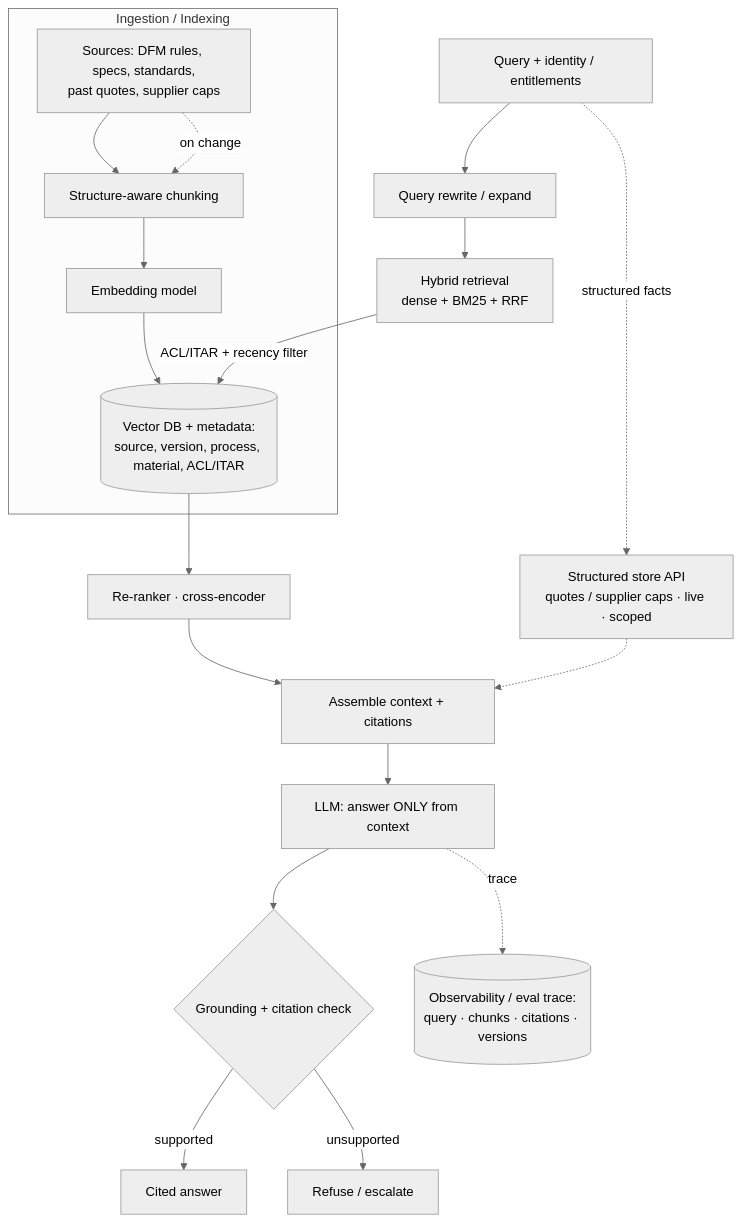
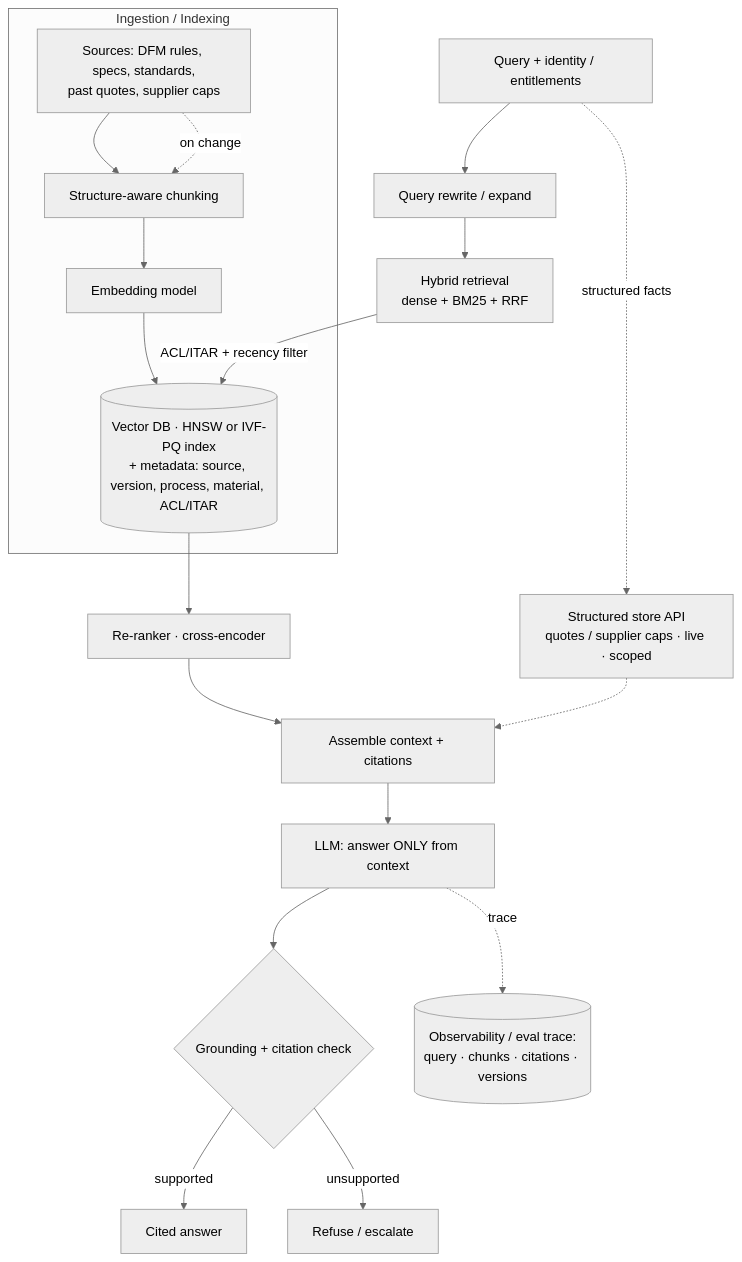
The diagram in 1_RAG_manufacturing_knowledge.md (prashan/Xometry), drawn with Mermaid (neutral theme) before and after one commit. The commit also changed other lines of this file and 6 other files, not shown here.

````diff
--- a/1_RAG_manufacturing_knowledge.md
+++ b/1_RAG_manufacturing_knowledge.md
@@ -38,21 +43,21 @@
 ```mermaid
 flowchart TD
   subgraph ING[Ingestion / Indexing]
     D[Sources: DFM rules, specs, standards,<br/>past quotes, supplier caps] --> CH[Structure-aware chunking]
     CH --> EM[Embedding model]
-    EM --> VDB[(Vector DB + metadata:<br/>source, version, process, material, ACL/ITAR)]
+    EM --> VDB[(Vector DB · HNSW or IVF-PQ index<br/>+ metadata: source, version, process, material, ACL/ITAR)]
     D -. on change .-> CH
   end
   Q[Query + identity / entitlements] --> RW[Query rewrite / expand]
   RW --> HR[Hybrid retrieval<br/>dense + BM25 + RRF]
   HR -->|ACL/ITAR + recency filter| VDB
   VDB --> RR[Re-ranker · cross-encoder]
   RR --> AS[Assemble context + citations]
   AS --> GEN[LLM: answer ONLY from context]
   GEN --> GC{Grounding + citation check}
   GC -->|supported| ANS[Cited answer]
   GC -->|unsupported| REF[Refuse / escalate]
   Q -.->|structured facts| SOR[Structured store API<br/>quotes / supplier caps · live · scoped]
   SOR -.-> AS
   GEN -.trace.-> OBS[(Observability / eval trace:<br/>query · chunks · citations · versions)]
 ```
````
